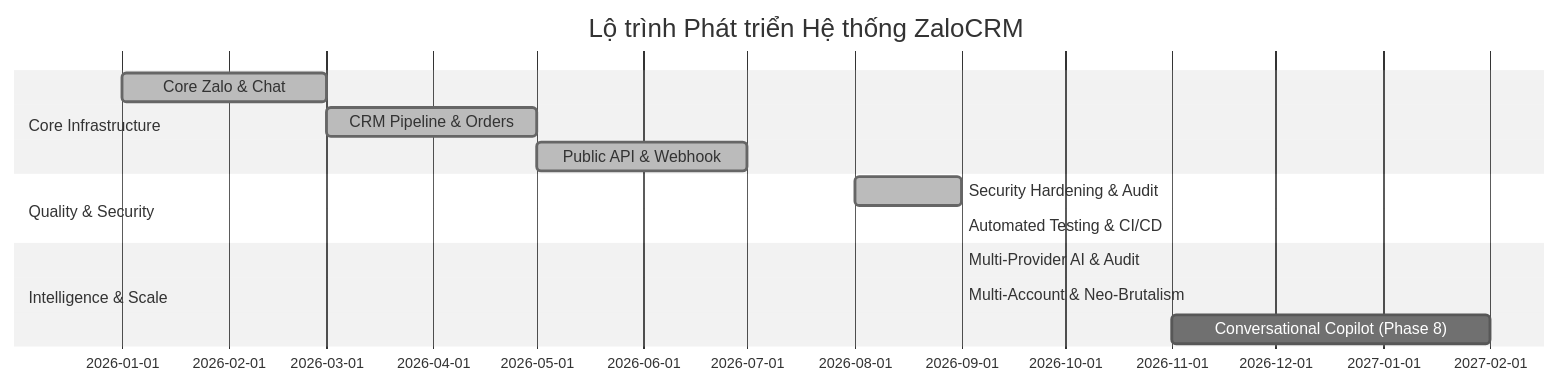
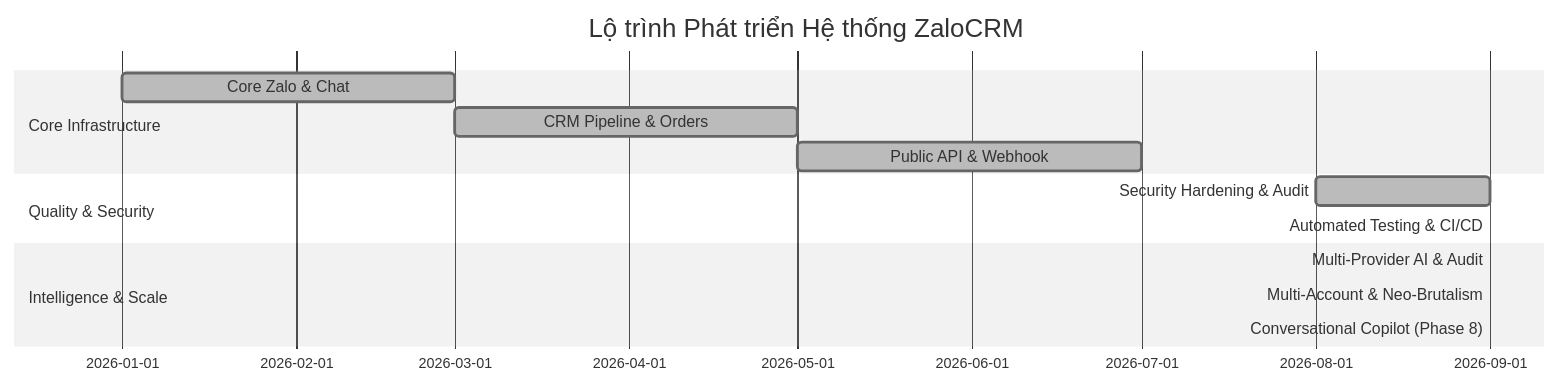
One commit to duynghien/ZaloCRM changed the diagram in docs/project-roadmap.md. Above: the diagram before and after it, drawn with Mermaid (neutral theme). The commit also changed other lines of this file and 32 other files, not shown here.

Commit message:
feat(copilot): implement conversational copilot engine and UI (Phase 8)

````diff
--- a/docs/project-roadmap.md
+++ b/docs/project-roadmap.md
@@ -7,16 +7,16 @@
 ```mermaid
 gantt
     title Lộ trình Phát triển Hệ thống ZaloCRM
     dateFormat  YYYY-MM
     section Core Infrastructure
     Core Zalo & Chat           :done,    des1, 2026-01, 2026-03
     CRM Pipeline & Orders      :done,    des2, 2026-03, 2026-05
     Public API & Webhook       :done,    des3, 2026-05, 2026-07
     section Quality & Security
     Security Hardening & Audit :done,    des4, 2026-08, 2026-09
     Automated Testing & CI/CD  :done,    des5, 2026-09, 2026-09
     section Intelligence & Scale
     Multi-Provider AI & Audit  :done,    des6, 2026-09, 2026-09
     Multi-Account & Neo-Brutalism :done, des7, 2026-09, 2026-09
-    Conversational Copilot (Phase 8) :  des8, 2026-11, 2027-02
+    Conversational Copilot (Phase 8) :done, des8, 2026-09, 2026-09
 ```
````
